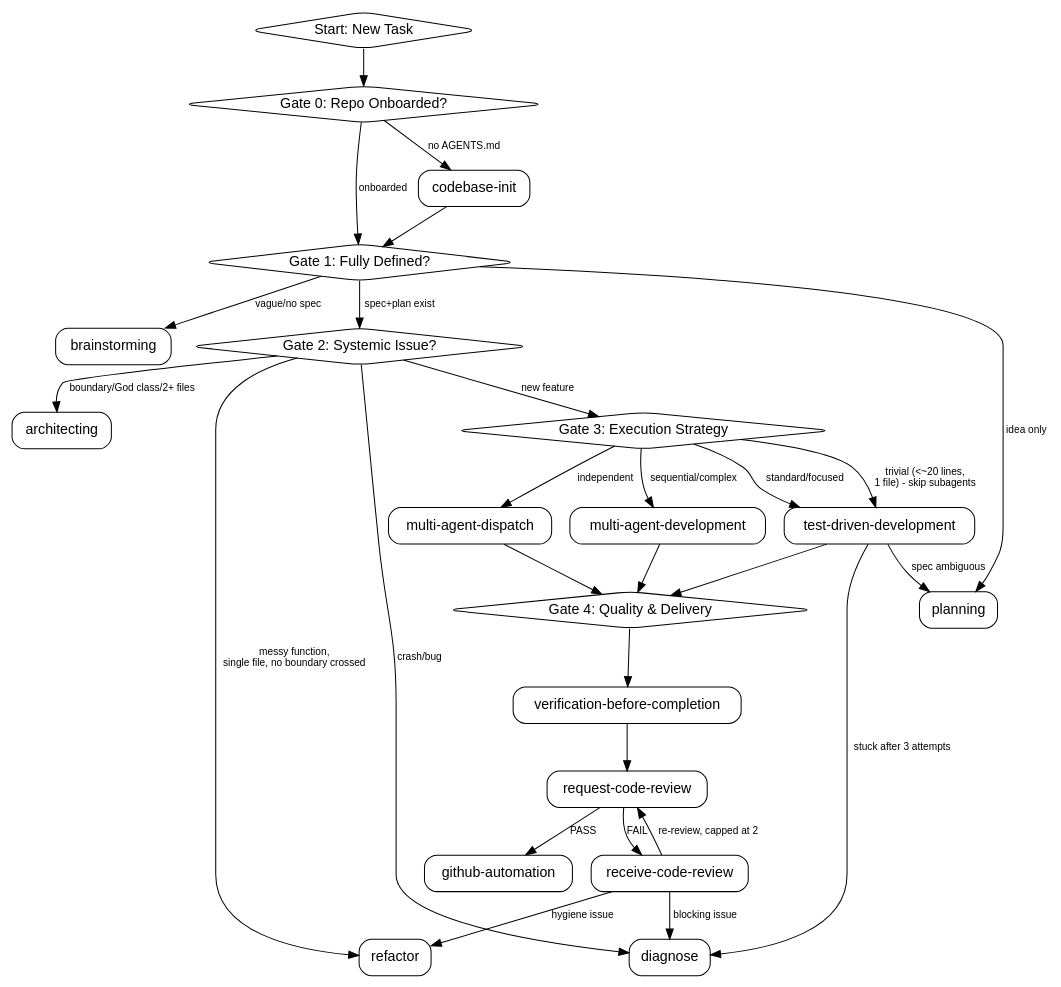
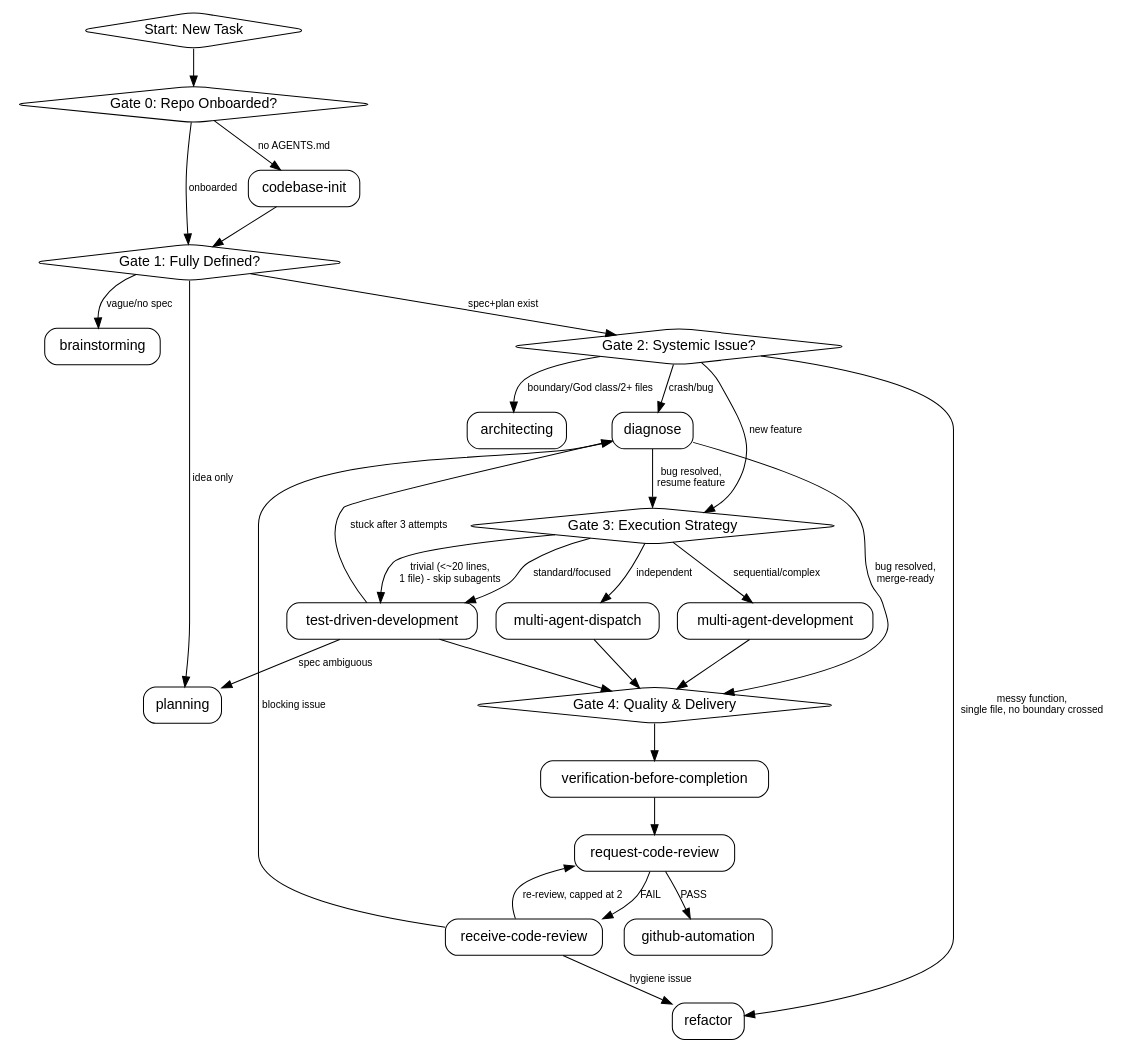
Before and after one commit to j0hanz/claude-agent-dev-plugin: the diagram in skills/using-agent-dev-skills/SKILL.md, drawn with Graphviz. The commit also changed other lines of this file, not shown here.

First line of the commit message:
REQ-009: Document diagnose return paths in lifecycle graph

````diff
--- a/skills/using-agent-dev-skills/SKILL.md
+++ b/skills/using-agent-dev-skills/SKILL.md
@@ -12,64 +12,67 @@
 ```dot
 digraph using_agent_dev_skills {
   rankdir=TB;
   node [shape=box, style=rounded, fontname="Helvetica"];
   edge [fontname="Helvetica", fontsize=10];
 
   Start [label="Start: New Task", shape=diamond];
 
   Gate0 [label="Gate 0: Repo Onboarded?", shape=diamond];
   Init [label="codebase-init"];
 
   Gate1 [label="Gate 1: Fully Defined?", shape=diamond];
   Brainstorm [label="brainstorming"];
   Planning [label="planning"];
 
   Gate2 [label="Gate 2: Systemic Issue?", shape=diamond];
   Arch [label="architecting"];
   Refactor [label="refactor"];
   Diagnose [label="diagnose"];
 
   Gate3 [label="Gate 3: Execution Strategy", shape=diamond];
   Dispatch [label="multi-agent-dispatch"];
   Dev [label="multi-agent-development"];
   TDD [label="test-driven-development"];
 
   Gate4 [label="Gate 4: Quality & Delivery", shape=diamond];
   Verify [label="verification-before-completion"];
   RCR [label="request-code-review"];
   GH [label="github-automation"];
   Receive [label="receive-code-review"];
 
   Start -> Gate0;
   Gate0 -> Init [label="no AGENTS.md"];
   Gate0 -> Gate1 [label="onboarded"];
   Init -> Gate1;
 
   Gate1 -> Brainstorm [label="vague/no spec"];
   Gate1 -> Planning [label="idea only"];
   Gate1 -> Gate2 [label="spec+plan exist"];
 
   Gate2 -> Arch [label="boundary/God class/2+ files"];
   Gate2 -> Refactor [label="messy function,\nsingle file, no boundary crossed"];
   Gate2 -> Diagnose [label="crash/bug"];
   Gate2 -> Gate3 [label="new feature"];
 
   Gate3 -> TDD [label="trivial (<~20 lines,\n1 file) - skip subagents"];
   Gate3 -> Dispatch [label="independent"];
   Gate3 -> Dev [label="sequential/complex"];
   Gate3 -> TDD [label="standard/focused"];
   TDD -> Diagnose [label="stuck after 3 attempts"];
   TDD -> Planning [label="spec ambiguous"];
 
   Dispatch -> Gate4;
   Dev -> Gate4;
   TDD -> Gate4;
 
   Gate4 -> Verify -> RCR;
   RCR -> GH [label="PASS"];
   RCR -> Receive [label="FAIL"];
   Receive -> Diagnose [label="blocking issue"];
   Receive -> Refactor [label="hygiene issue"];
   Receive -> RCR [label="re-review, capped at 2"];
+
+  Diagnose -> Gate3 [label="bug resolved,\nresume feature"];
+  Diagnose -> Gate4 [label="bug resolved,\nmerge-ready"];
 }
 ```
````
